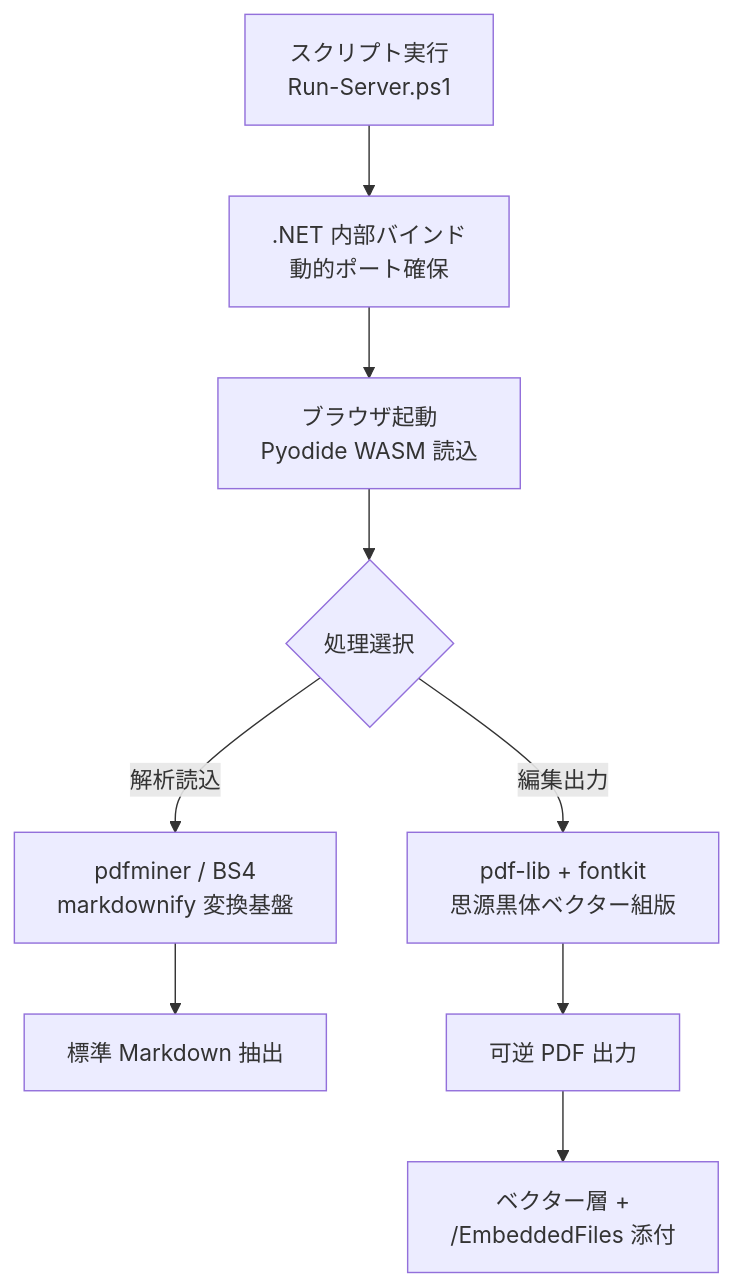
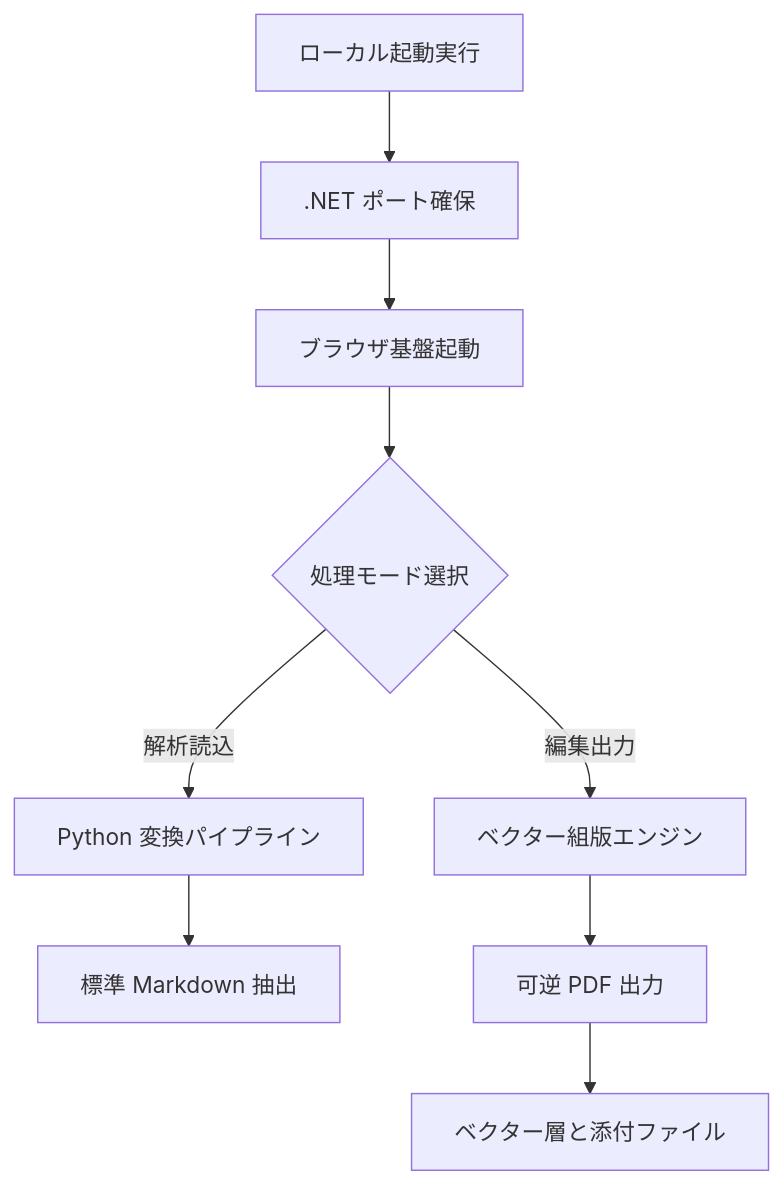
The third of 3 diagrams in README.md (ystartgo/MD_exchange), drawn with Mermaid before and after one commit. The commit also changed other lines of this file, not shown here.

````diff
--- a/README.md
+++ b/README.md
@@ -160,11 +160,11 @@
 ```mermaid
 flowchart TD
-    A["スクリプト実行<br>Run-Server.ps1"] --> B[".NET 内部バインド<br>動的ポート確保"]
-    B --> C["ブラウザ起動<br>Pyodide WASM 読込"]
-    C --> D{"処理選択"}
-    D -->|解析読込| E["pdfminer / BS4<br>markdownify 変換基盤"]
-    D -->|編集出力| F["pdf-lib + fontkit<br>思源黒体ベクター組版"]
-    E --> G["標準 Markdown 抽出"]
-    F --> H["可逆 PDF 出力"]
-    H --> I["ベクター層 +<br>/EmbeddedFiles 添付"]
+    A[ローカル起動実行] --> B[.NET ポート確保]
+    B --> C[ブラウザ基盤起動]
+    C --> D{処理モード選択}
+    D -->|解析読込| E[Python 変換パイプライン]
+    D -->|編集出力| F[ベクター組版エンジン]
+    E --> G[標準 Markdown 抽出]
+    F --> H[可逆 PDF 出力]
+    H --> I[ベクター層と添付ファイル]
 ```
````
